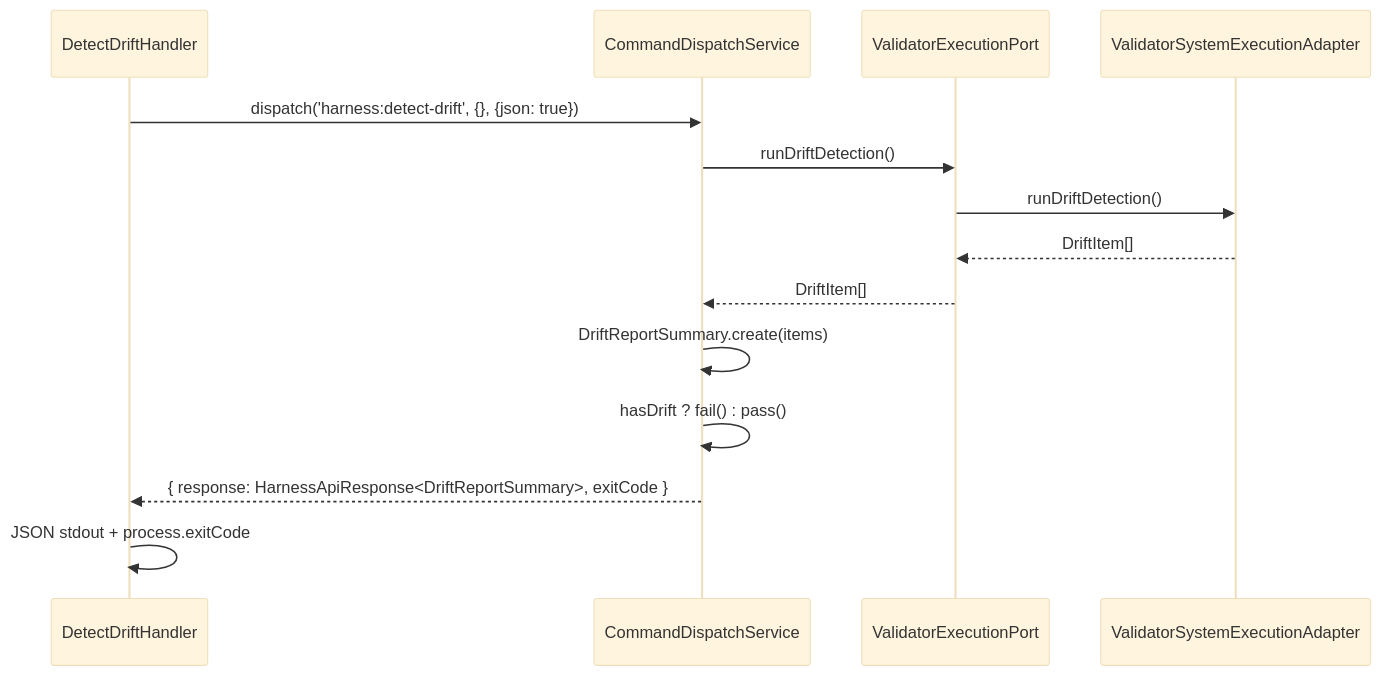
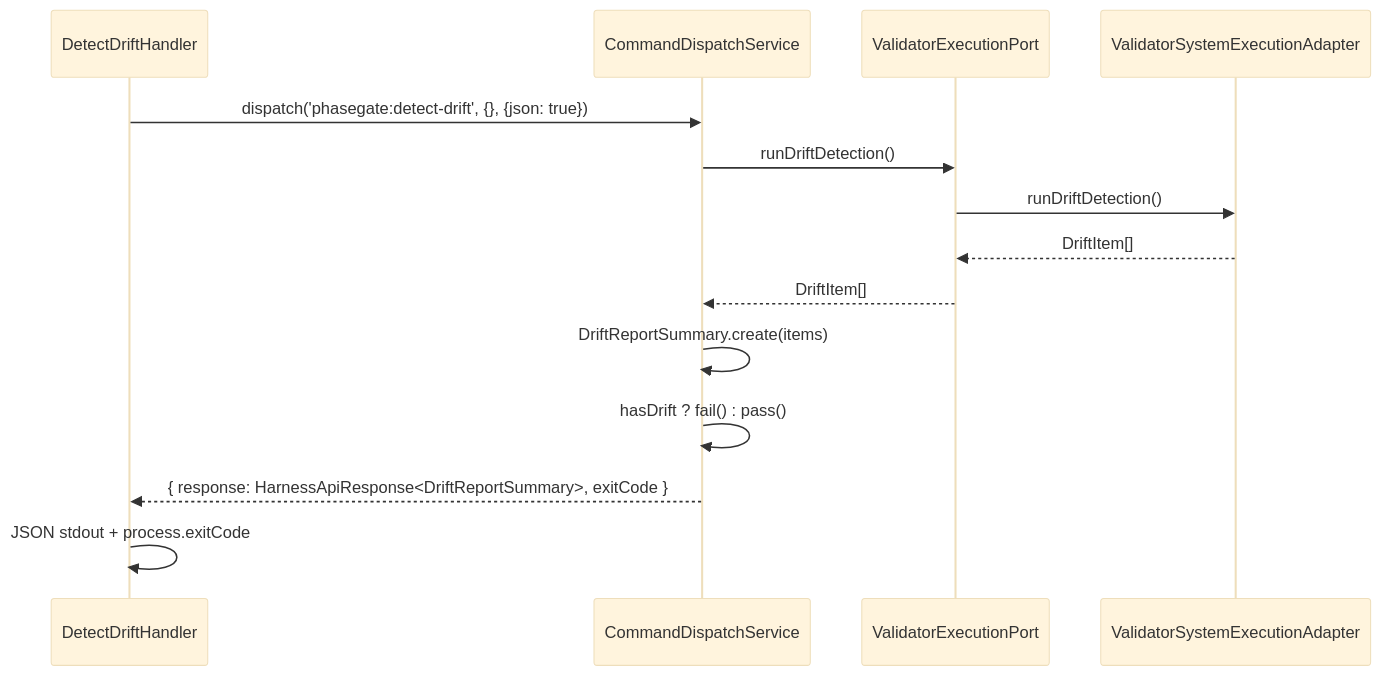
Before and after one commit to junpei-9898/phasegate: the sixth of 10 diagrams in docs/product/construction/harness-api/logical_design.md, drawn with Mermaid (base theme). The commit also changed other lines of this file and 181 other files, not shown here.

First line of the commit message:
feat: v0.16.0 — CLI コマンド名を harness から phasegate にリネーム

````diff
--- a/docs/product/construction/harness-api/logical_design.md
+++ b/docs/product/construction/harness-api/logical_design.md
@@ -1456,17 +1456,17 @@
 ```mermaid
 sequenceDiagram
     participant Handler as DetectDriftHandler
     participant DispatchSvc as CommandDispatchService
     participant Port as ValidatorExecutionPort
     participant Adapter as ValidatorSystemExecutionAdapter
 
-    Handler->>DispatchSvc: dispatch('harness:detect-drift', {}, {json: true})
+    Handler->>DispatchSvc: dispatch('phasegate:detect-drift', {}, {json: true})
     DispatchSvc->>Port: runDriftDetection()
     Port->>Adapter: runDriftDetection()
     Adapter-->>Port: DriftItem[]
     Port-->>DispatchSvc: DriftItem[]
     DispatchSvc->>DispatchSvc: DriftReportSummary.create(items)
     DispatchSvc->>DispatchSvc: hasDrift ? fail() : pass()
     DispatchSvc-->>Handler: { response: HarnessApiResponse<DriftReportSummary>, exitCode }
     Handler->>Handler: JSON stdout + process.exitCode
 ```
````
